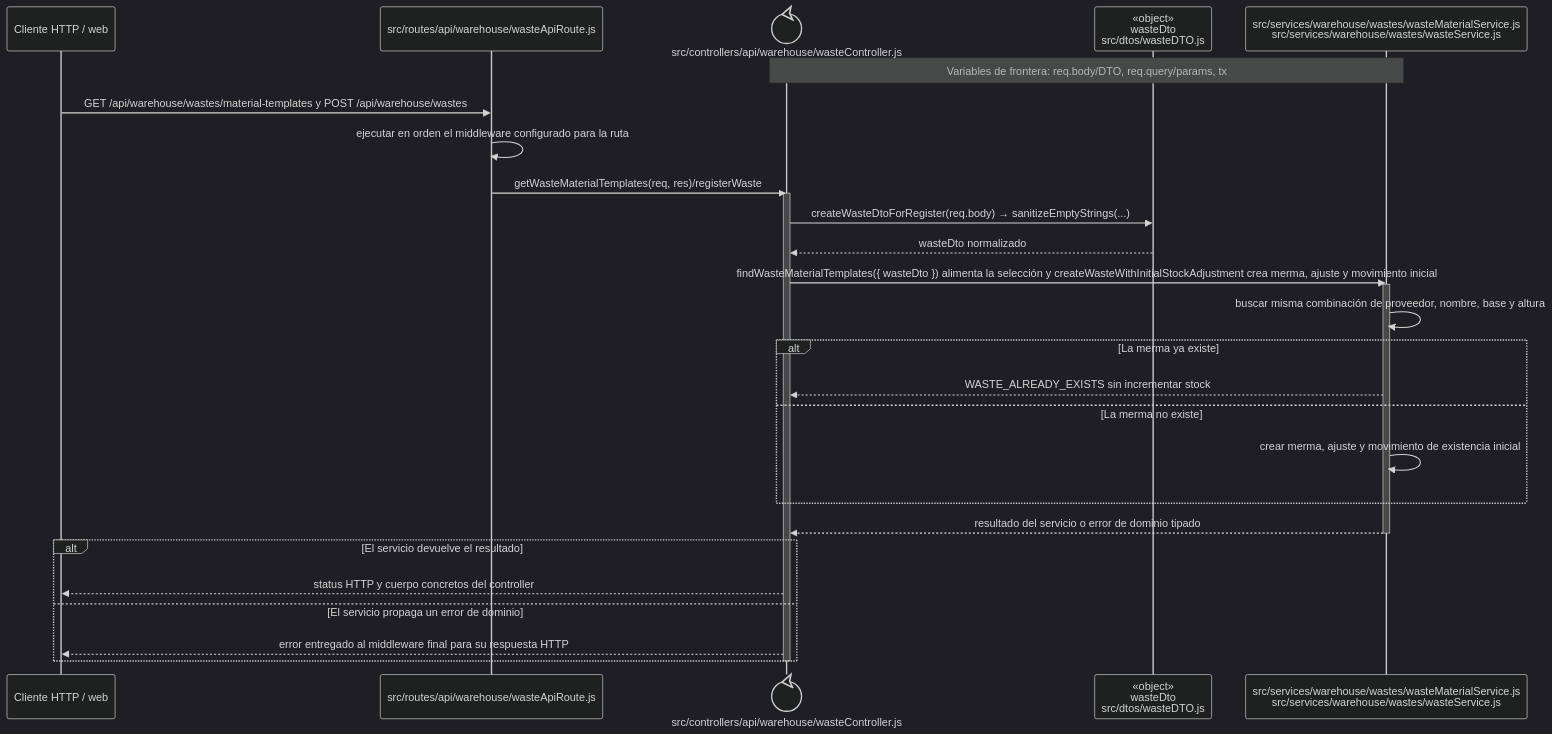
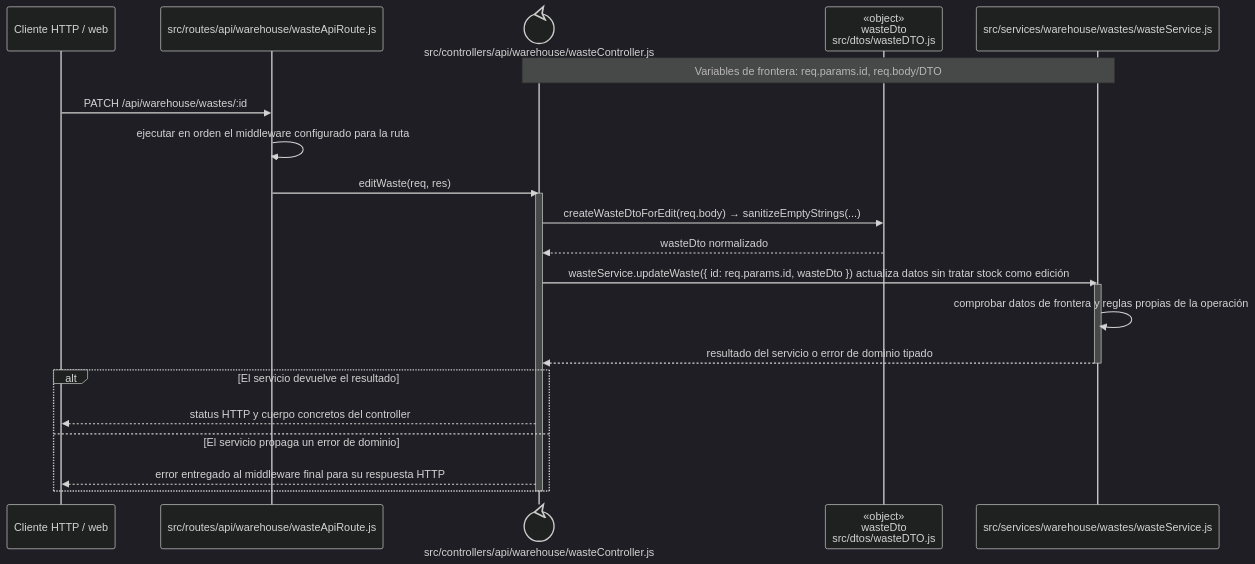
One commit to gpgsistemas01/nexus changed the diagram in docs/architecture/backend-code-sequences/catalogs/cu-cat-20.md. Above: the diagram before and after it, drawn with Mermaid (dark theme). The commit also changed other lines of this file and 207 other files, not shown here.

````diff
--- a/docs/architecture/backend-code-sequences/catalogs/cu-cat-20.md
+++ b/docs/architecture/backend-code-sequences/catalogs/cu-cat-20.md
@@ -6,32 +6,27 @@
 ```mermaid
 sequenceDiagram
     participant Client as Cliente HTTP / web
     participant Route as src/routes/api/warehouse/wasteApiRoute.js
     participant Controller@{ "type": "control" } as src/controllers/api/warehouse/wasteController.js
     participant WasteDto as «object»<br/>wasteDto<br/>src/dtos/wasteDTO.js
-    participant Domain as src/services/warehouse/wastes/wasteMaterialService.js<br/>src/services/warehouse/wastes/wasteService.js
-    Note over Controller,Domain: Variables de frontera: req.body/DTO, req.query/params, tx
+    participant Domain as src/services/warehouse/wastes/wasteService.js
+    Note over Controller,Domain: Variables de frontera: req.params.id, req.body/DTO
 
-    Client->>Route: GET /api/warehouse/wastes/material-templates y POST /api/warehouse/wastes
+    Client->>Route: PATCH /api/warehouse/wastes/:id
     Route->>Route: ejecutar en orden el middleware configurado para la ruta
-    Route->>Controller: getWasteMaterialTemplates(req, res)/registerWaste
+    Route->>Controller: editWaste(req, res)
     activate Controller
-    Controller->>WasteDto: createWasteDtoForRegister(req.body) → sanitizeEmptyStrings(...)
+    Controller->>WasteDto: createWasteDtoForEdit(req.body) → sanitizeEmptyStrings(...)
     WasteDto-->>Controller: wasteDto normalizado
-    Controller->>Domain: findWasteMaterialTemplates({ wasteDto }) alimenta la selección y createWasteWithInitialStockAdjustment crea merma, ajuste y movimiento inicial
+    Controller->>Domain: wasteService.updateWaste({ id: req.params.id, wasteDto }) actualiza datos sin tratar stock como edición
     activate Domain
-    Domain->>Domain: buscar misma combinación de proveedor, nombre, base y altura
-    alt La merma ya existe
-        Domain-->>Controller: WASTE_ALREADY_EXISTS sin incrementar stock
-    else La merma no existe
-        Domain->>Domain: crear merma, ajuste y movimiento de existencia inicial
-    end
+    Domain->>Domain: comprobar datos de frontera y reglas propias de la operación
     Domain-->>Controller: resultado del servicio o error de dominio tipado
     deactivate Domain
     alt El servicio devuelve el resultado
         Controller-->>Client: status HTTP y cuerpo concretos del controller
     else El servicio propaga un error de dominio
         Controller-->>Client: error entregado al middleware final para su respuesta HTTP
     end
     deactivate Controller
 ```
````
